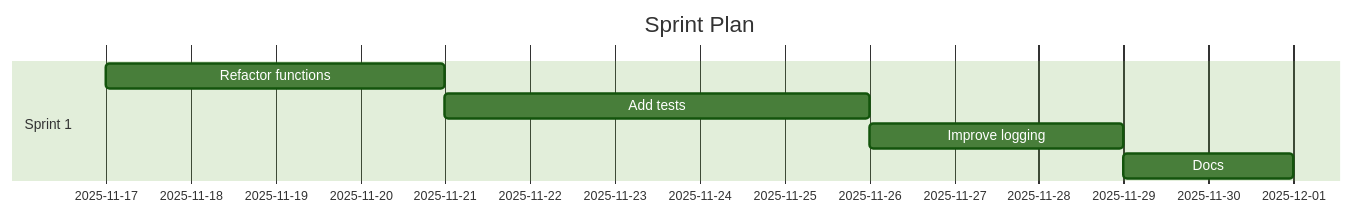
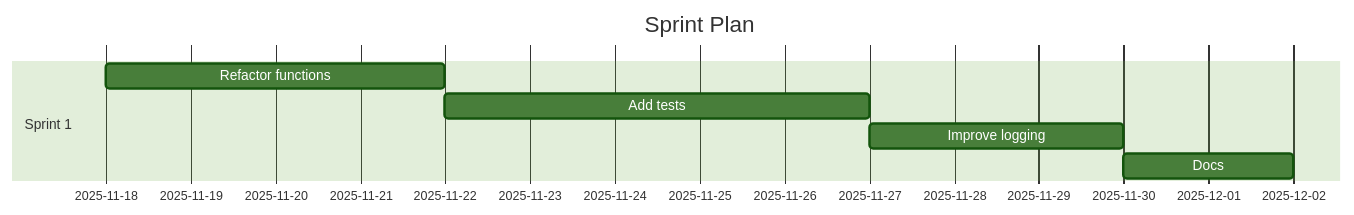
One commit to Anselmoo/mcp-ai-agent-guidelines changed the diagram in demos/demo-code-analysis.sprint.md. Above: the diagram before and after it, drawn with Mermaid (forest theme). The commit also changed other lines of this file and 26 other files, not shown here.

First line of the commit message:
Fix mermaid.parse is not a function error in diagram generator (#333)

````diff
--- a/demos/demo-code-analysis.sprint.md
+++ b/demos/demo-code-analysis.sprint.md
@@ -59,11 +59,11 @@
 ```mermaid
 gantt
 	dateFormat  YYYY-MM-DD
 	title Sprint Plan
 %% Accessibility: Title=Project Sprint Plan; Description=Gantt chart of sprints and tasks over time. %%
   section Sprint 1
-  Refactor functions :s1t0, 2025-11-17, 4d
-  Add tests :s1t1, 2025-11-21, 5d
-  Improve logging :s1t2, 2025-11-26, 3d
-  Docs :s1t3, 2025-11-29, 2d
+  Refactor functions :s1t0, 2025-11-18, 4d
+  Add tests :s1t1, 2025-11-22, 5d
+  Improve logging :s1t2, 2025-11-27, 3d
+  Docs :s1t3, 2025-11-30, 2d
 ```
````
